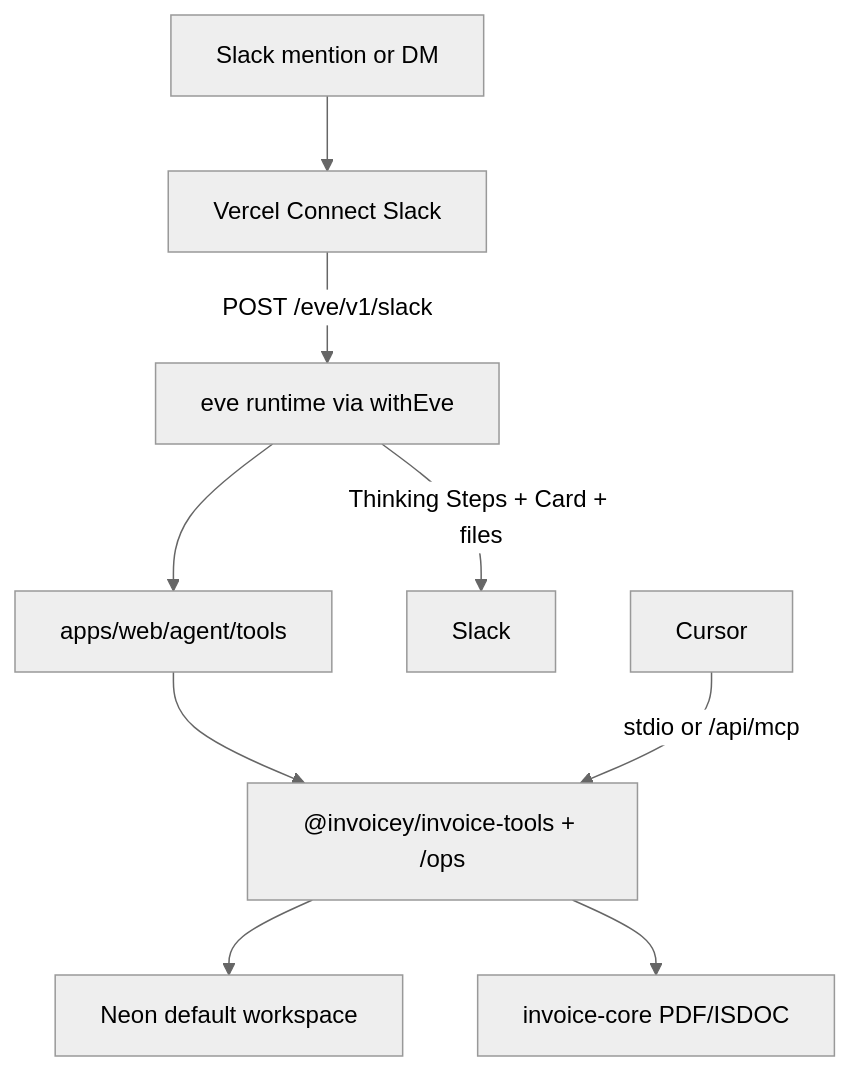
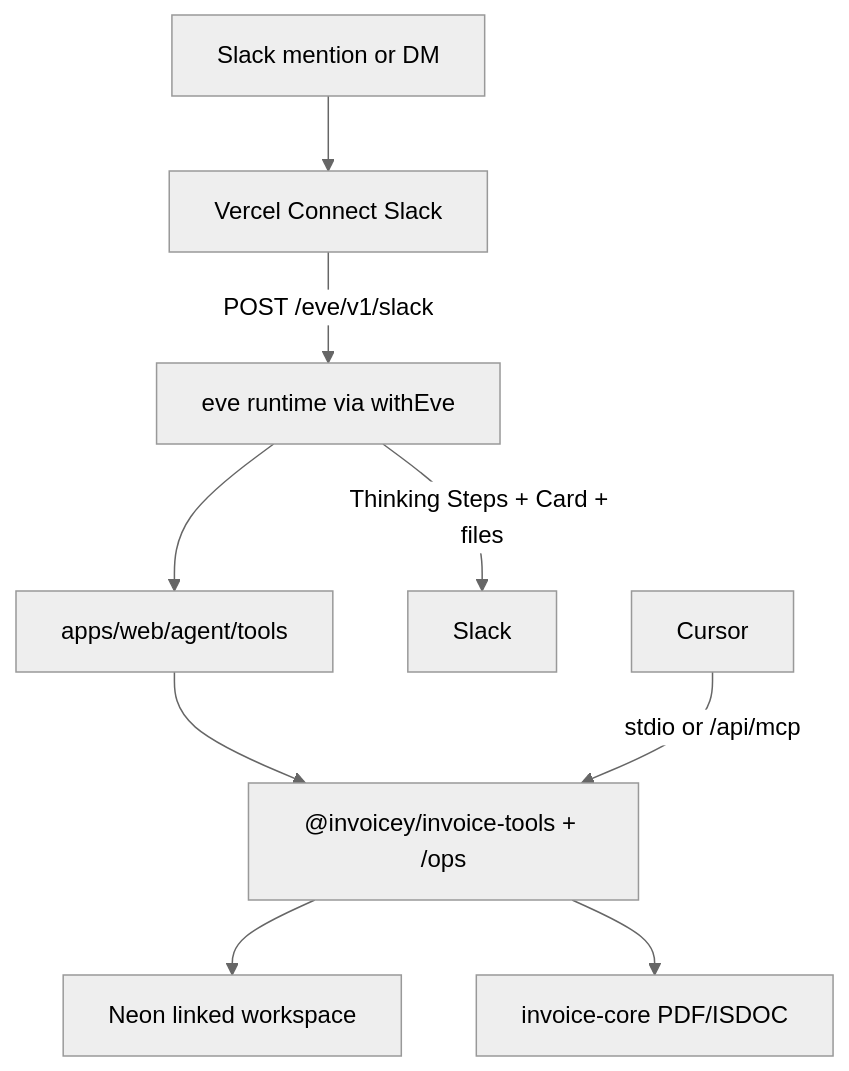
Before and after one commit to filipditrich/inveoiceyai: the diagram in docs/specs/slack-eve.md, drawn with Mermaid (neutral theme). The commit also changed other lines of this file and 35 other files, not shown here.

````diff
--- a/docs/specs/slack-eve.md
+++ b/docs/specs/slack-eve.md
@@ -7,11 +7,11 @@
 ```mermaid
 flowchart TB
   SlackUser["Slack mention or DM"] --> Connect["Vercel Connect Slack"]
   Connect -->|"POST /eve/v1/slack"| EveRuntime["eve runtime via withEve"]
   EveRuntime --> Tools["apps/web/agent/tools"]
   Tools --> InvoiceTools["@invoicey/invoice-tools + /ops"]
-  InvoiceTools --> Neon["Neon default workspace"]
+  InvoiceTools --> Neon["Neon linked workspace"]
   InvoiceTools --> Core["invoice-core PDF/ISDOC"]
   EveRuntime -->|"Thinking Steps + Card + files"| SlackAPI["Slack"]
   Cursor["Cursor"] -->|"stdio or /api/mcp"| InvoiceTools
 ```
````
